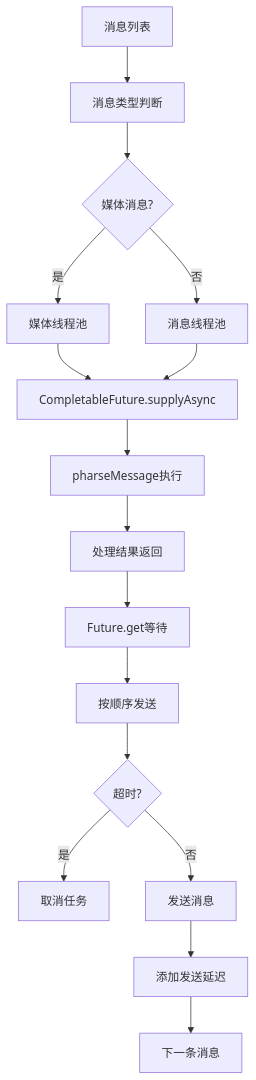
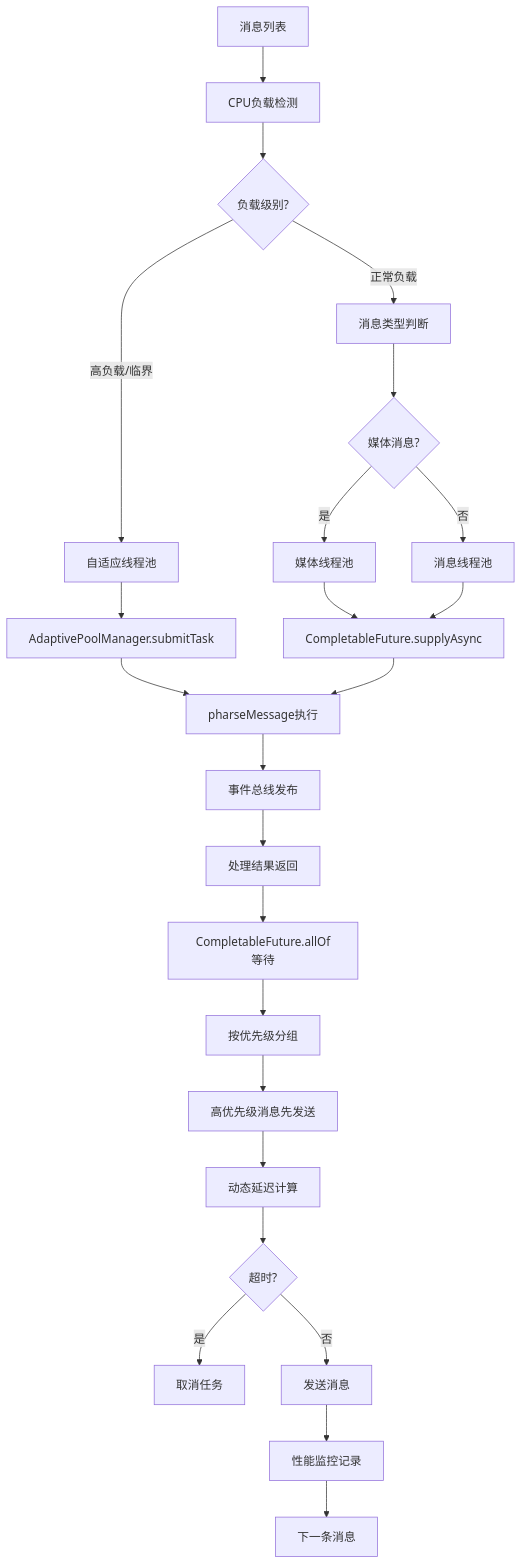
The tenth of 15 diagrams in 口袋48消息详细处理流程图.md (flover-luffy/newboy), drawn with Mermaid before and after one commit. The commit also changed other lines of this file and 32 other files, not shown here.

````diff
--- a/口袋48消息详细处理流程图.md
+++ b/口袋48消息详细处理流程图.md
@@ -229,20 +240,29 @@
 ```mermaid
 flowchart TD
-    A[消息列表] --> B[消息类型判断]
-    B --> C{媒体消息?}
-    C -->|是| D[媒体线程池]
-    C -->|否| E[消息线程池]
+    A[消息列表] --> B[CPU负载检测]
+    B --> C{负载级别?}
+    C -->|高负载/临界| D[自适应线程池]
+    C -->|正常负载| E[消息类型判断]
     
-    D --> F[CompletableFuture.supplyAsync]
-    E --> F
+    E --> F{媒体消息?}
+    F -->|是| G[媒体线程池]
+    F -->|否| H[消息线程池]
     
-    F --> G[pharseMessage执行]
-    G --> H[处理结果返回]
-    H --> I[Future.get等待]
-    I --> J[按顺序发送]
-    J --> K{超时?}
-    K -->|是| L[取消任务]
-    K -->|否| M[发送消息]
-    M --> N[添加发送延迟]
-    N --> O[下一条消息]
+    D --> I[AdaptivePoolManager.submitTask]
+    G --> J[CompletableFuture.supplyAsync]
+    H --> J
+    
+    I --> K[pharseMessage执行]
+    J --> K
+    K --> L[事件总线发布]
+    L --> M[处理结果返回]
+    M --> N[CompletableFuture.allOf等待]
+    N --> O[按优先级分组]
+    O --> P[高优先级消息先发送]
+    P --> Q[动态延迟计算]
+    Q --> R{超时?}
+    R -->|是| S[取消任务]
+    R -->|否| T[发送消息]
+    T --> U[性能监控记录]
+    U --> V[下一条消息]
 ```
````
